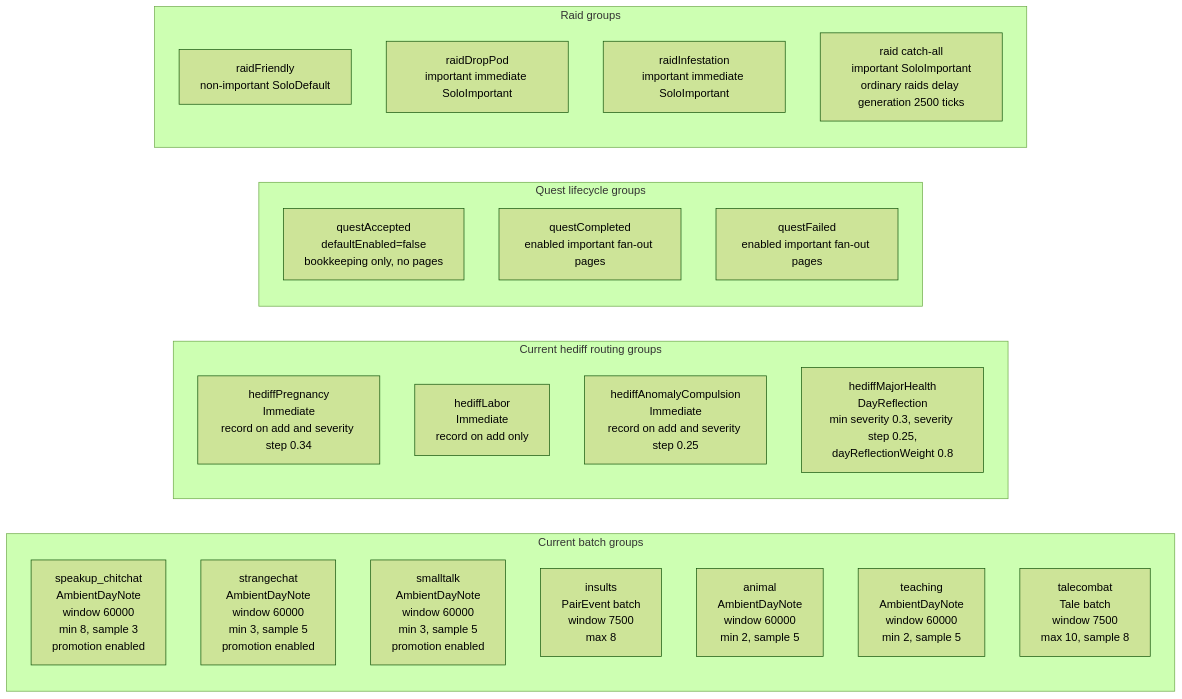
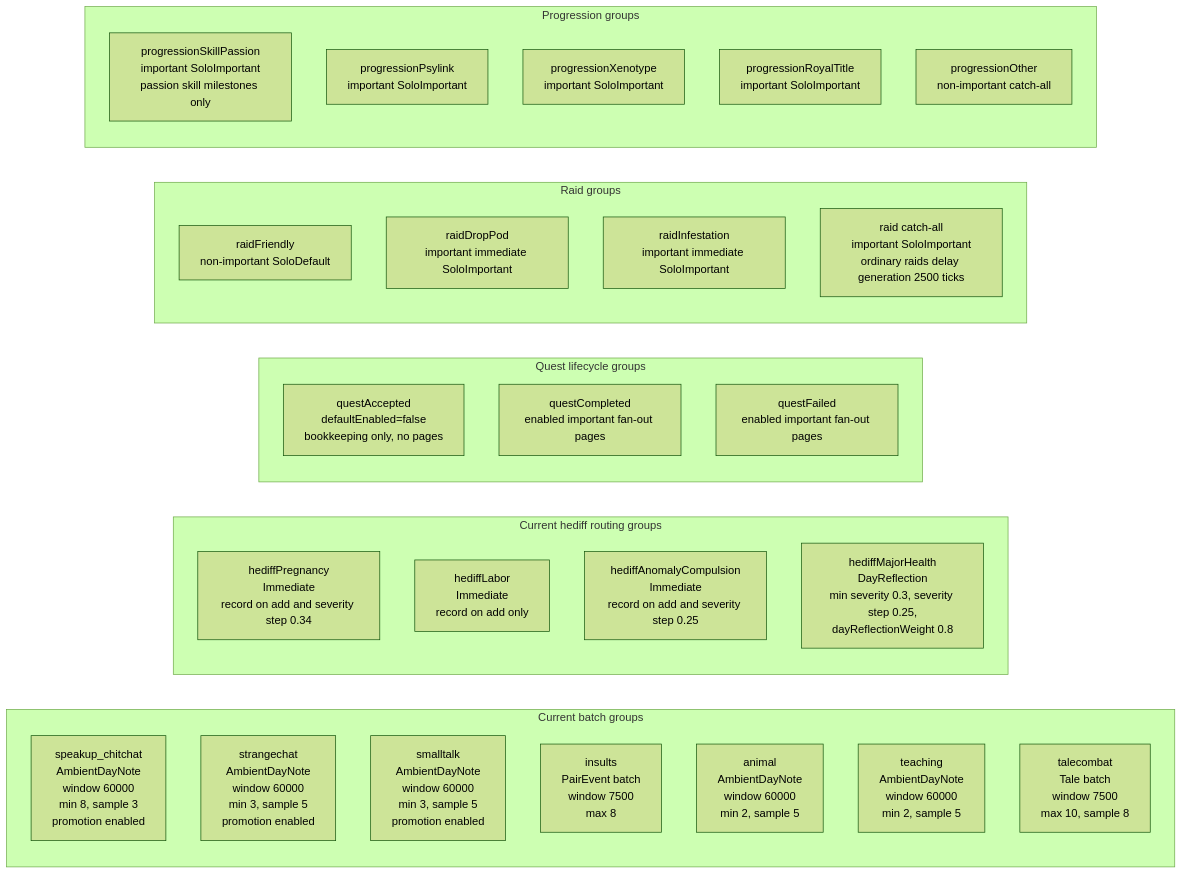
One commit to aimmlegate/PawnDiary changed the fourth of 6 diagrams in EVENT_PROMPT_MAP.md. Above: the diagram before and after it, drawn with Mermaid (forest theme). The commit also changed other lines of this file and 43 other files, not shown here.

````diff
--- a/EVENT_PROMPT_MAP.md
+++ b/EVENT_PROMPT_MAP.md
@@ -273,32 +281,40 @@
 ```mermaid
 flowchart LR
     subgraph Batches["Current batch groups"]
         BG1["speakup_chitchat<br/>AmbientDayNote<br/>window 60000<br/>min 8, sample 3<br/>promotion enabled"]
         BG2["strangechat<br/>AmbientDayNote<br/>window 60000<br/>min 3, sample 5<br/>promotion enabled"]
         BG3["smalltalk<br/>AmbientDayNote<br/>window 60000<br/>min 3, sample 5<br/>promotion enabled"]
         BG4["insults<br/>PairEvent batch<br/>window 7500<br/>max 8"]
         BG5["animal<br/>AmbientDayNote<br/>window 60000<br/>min 2, sample 5"]
         BG6["teaching<br/>AmbientDayNote<br/>window 60000<br/>min 2, sample 5"]
         BG7["talecombat<br/>Tale batch<br/>window 7500<br/>max 10, sample 8"]
     end
 
     subgraph HediffGroups["Current hediff routing groups"]
         HG1["hediffPregnancy<br/>Immediate<br/>record on add and severity step 0.34"]
         HG2["hediffLabor<br/>Immediate<br/>record on add only"]
         HG3["hediffAnomalyCompulsion<br/>Immediate<br/>record on add and severity step 0.25"]
         HG4["hediffMajorHealth<br/>DayReflection<br/>min severity 0.3, severity step 0.25,<br/>dayReflectionWeight 0.8"]
     end
 
     subgraph QuestGroups["Quest lifecycle groups"]
         Q1["questAccepted<br/>defaultEnabled=false<br/>bookkeeping only, no pages"]
         Q2["questCompleted<br/>enabled important fan-out pages"]
         Q3["questFailed<br/>enabled important fan-out pages"]
     end
 
     subgraph RaidGroups["Raid groups"]
         R1["raidFriendly<br/>non-important SoloDefault"]
         R2["raidDropPod<br/>important immediate SoloImportant"]
         R3["raidInfestation<br/>important immediate SoloImportant"]
         R4["raid catch-all<br/>important SoloImportant<br/>ordinary raids delay generation 2500 ticks"]
     end
+
+    subgraph ProgressionGroups["Progression groups"]
+        P1["progressionSkillPassion<br/>important SoloImportant<br/>passion skill milestones only"]
+        P2["progressionPsylink<br/>important SoloImportant"]
+        P3["progressionXenotype<br/>important SoloImportant"]
+        P4["progressionRoyalTitle<br/>important SoloImportant"]
+        P5["progressionOther<br/>non-important catch-all"]
+    end
 ```
````
